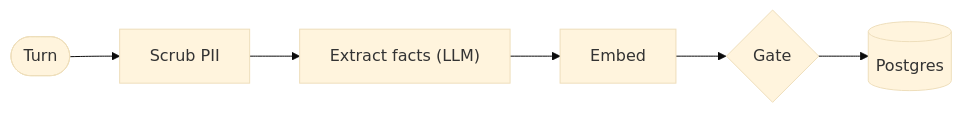
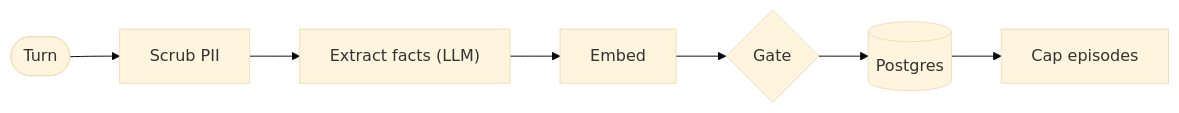
The first of 2 diagrams in README.md (Arav-Arun/Ledger), drawn with Mermaid (base theme) before and after one commit. The commit also changed other lines of this file and 3 other files, not shown here.

````diff
--- a/README.md
+++ b/README.md
@@ -48,4 +48,4 @@
 ```mermaid
 flowchart LR
-    T(["Turn"]) --> S["Scrub PII"] --> X["Extract facts (LLM)"] --> E["Embed"] --> G{"Gate"} --> DB[("Postgres")]
+    T(["Turn"]) --> S["Scrub PII"] --> X["Extract facts (LLM)"] --> E["Embed"] --> G{"Gate"} --> DB[("Postgres")] --> C["Cap episodes"]
 ```
````
